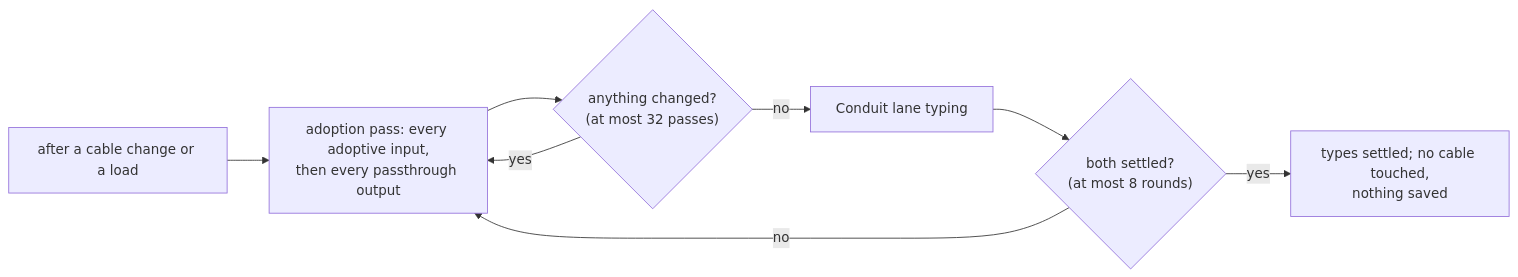
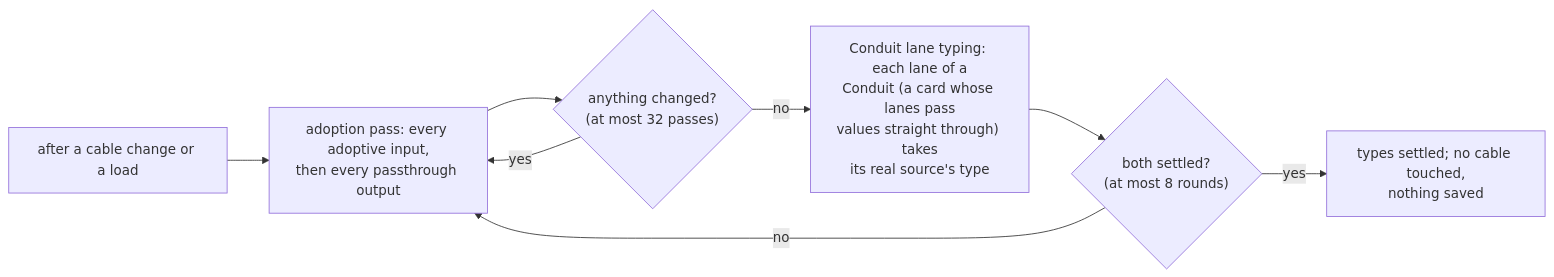
One commit to bubba8587/solenoid changed the fourth of 6 diagrams in tree/specs/values/socket-lattice.md. Above: the diagram before and after it, drawn with Mermaid. The commit also changed other lines of this file and 10 other files, not shown here.

First line of the commit message:
Spell out diagram jargon in its own spec; add grouping diagrams

````diff
--- a/tree/specs/values/socket-lattice.md
+++ b/tree/specs/values/socket-lattice.md
@@ -72,10 +91,10 @@
 ```mermaid
 flowchart LR
     start["after a cable change or a load"] --> adopt["adoption pass: every adoptive input,<br>then every passthrough output"]
     adopt --> again{"anything changed?<br>(at most 32 passes)"}
     again -->|yes| adopt
-    again -->|no| lanes["Conduit lane typing"]
+    again -->|no| lanes["Conduit lane typing: each lane of a<br>Conduit (a card whose lanes pass<br>values straight through) takes<br>its real source's type"]
     lanes --> both{"both settled?<br>(at most 8 rounds)"}
     both -->|no| adopt
     both -->|yes| done["types settled; no cable touched,<br>nothing saved"]
 ```
````
